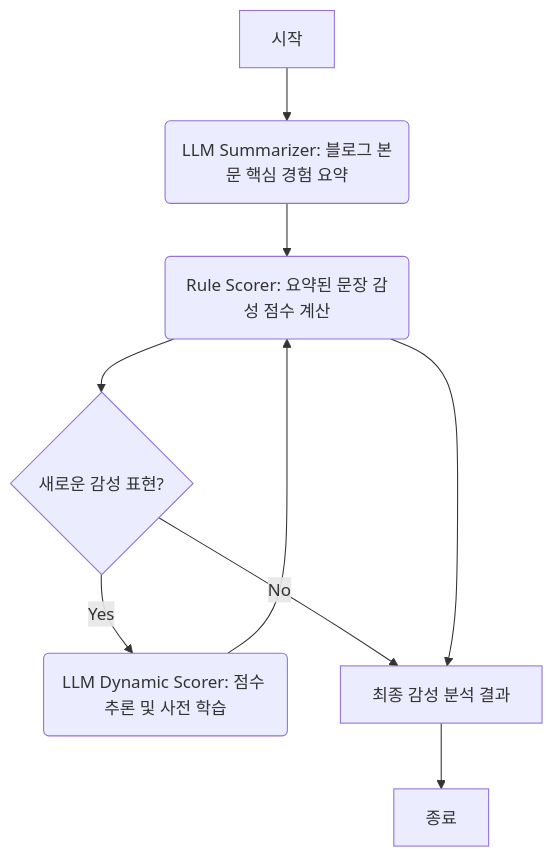
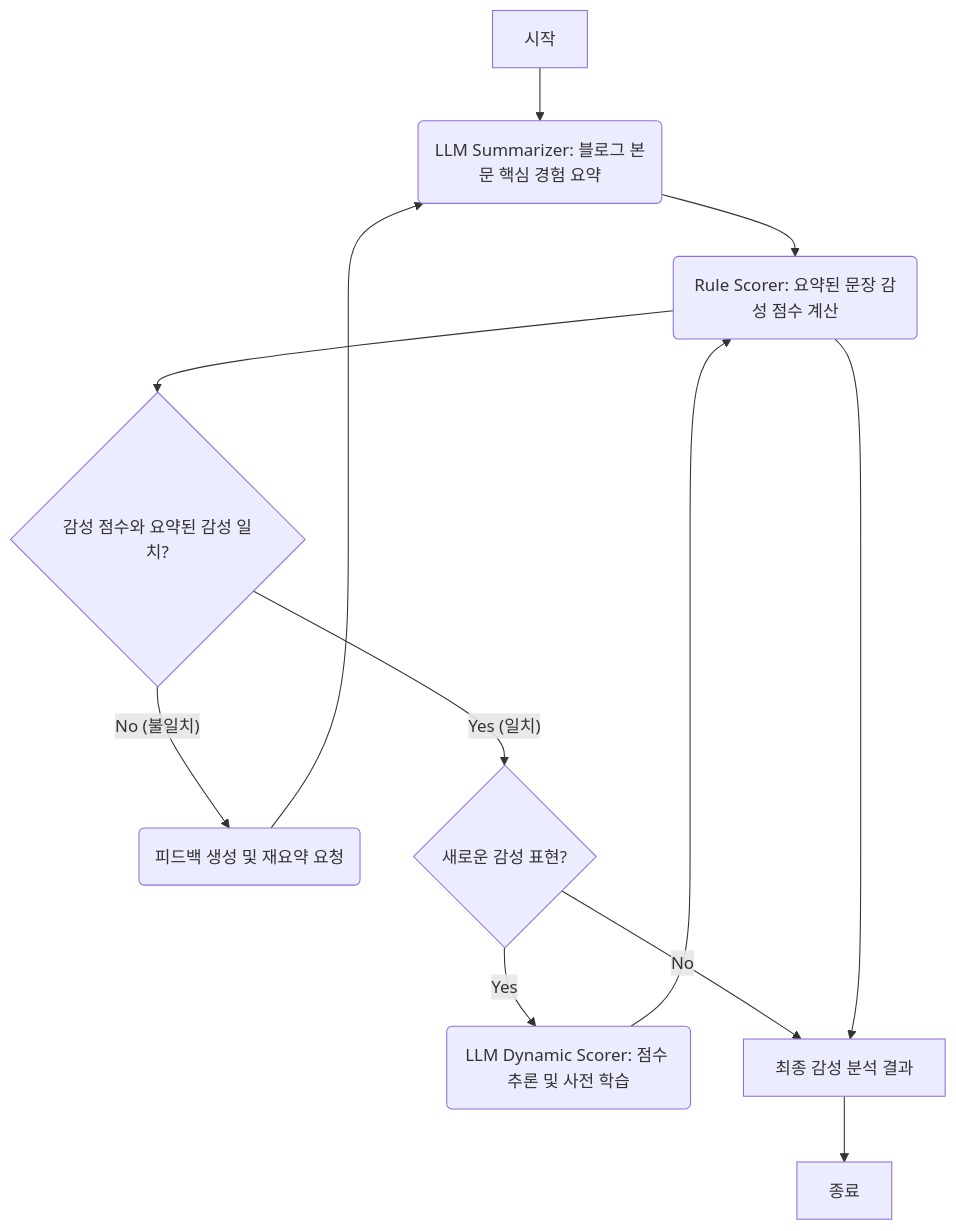
One commit to gayoonchoi/GradioNaverSentiment changed the diagram in README.md. Above: the diagram before and after it, drawn with Mermaid. The commit also changed other lines of this file and 1 other file, not shown here.

Commit message:
"점수 계산 피드백 기능 개선 및 README 수정"

````diff
--- a/README.md
+++ b/README.md
@@ -37,11 +41,14 @@
 ```mermaid
 graph TD
     A[시작] --> B(LLM Summarizer: 블로그 본문 핵심 경험 요약);
     B --> C(Rule Scorer: 요약된 문장 감성 점수 계산);
-    C --> D{새로운 감성 표현?};
-    D -- Yes --> E(LLM Dynamic Scorer: 점수 추론 및 사전 학습);
-    E --> C;
-    D -- No --> F[최종 감성 분석 결과];
-    C --> F;
-    F --> G[종료];
+    C --> D{감성 점수와 요약된 감성 일치?};
+    D -- No (불일치) --> E(피드백 생성 및 재요약 요청);
+    E --> B;
+    D -- Yes (일치) --> F{새로운 감성 표현?};
+    F -- Yes --> G(LLM Dynamic Scorer: 점수 추론 및 사전 학습);
+    G --> C;
+    F -- No --> H[최종 감성 분석 결과];
+    C --> H;
+    H --> I[종료];
 ```
````
